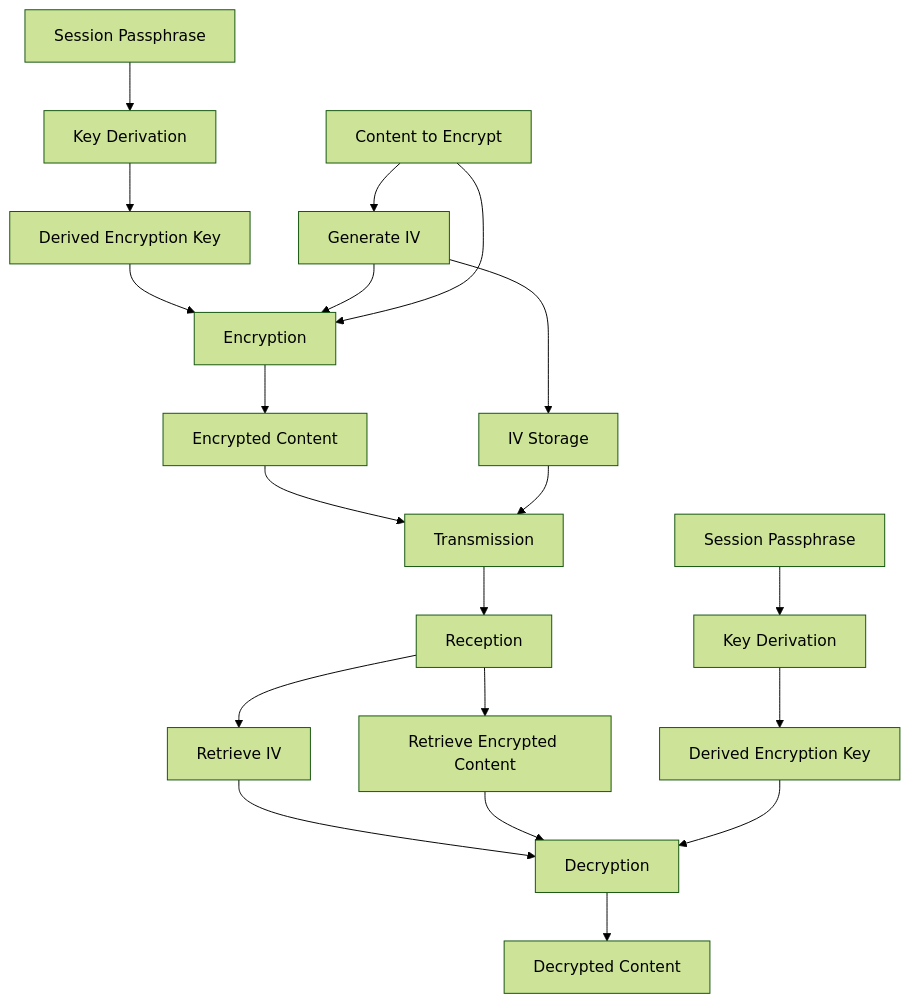
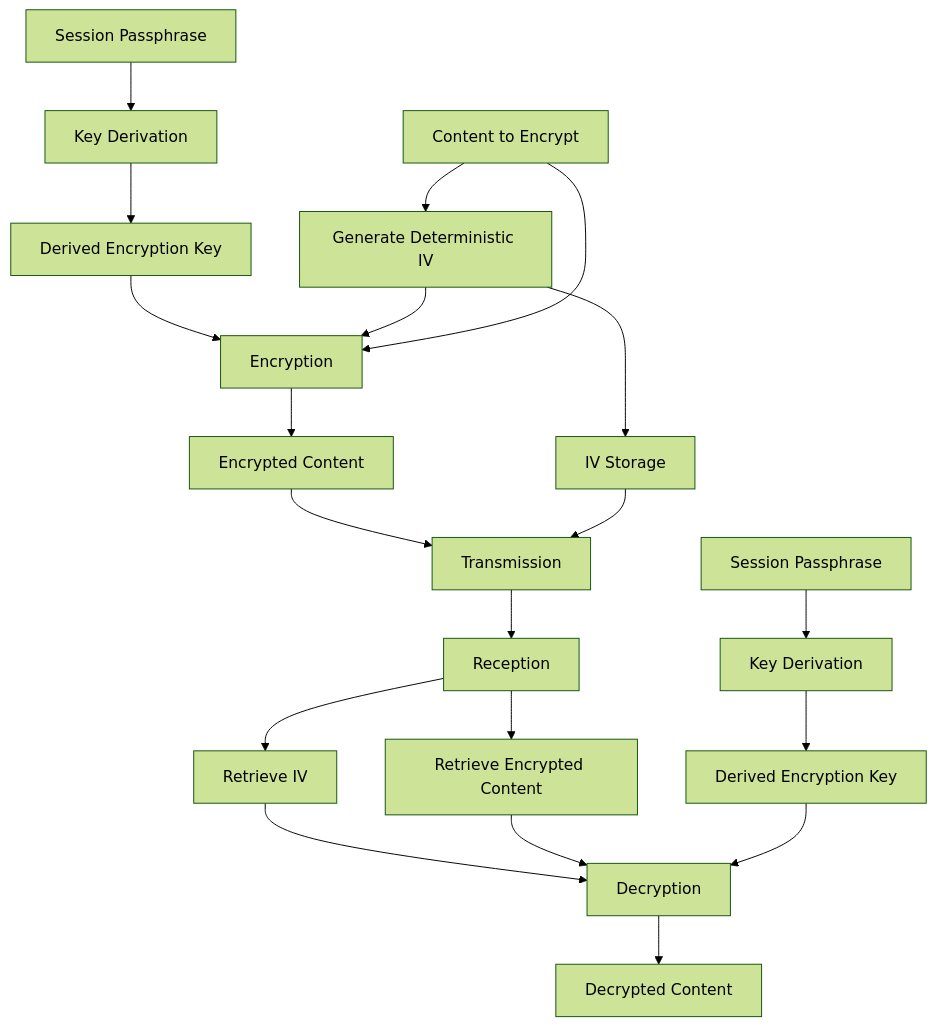
Before and after one commit to jsbattig/share-things: the diagram in memory-bank/technical/encryption.md, drawn with Mermaid (forest theme). The commit also changed other lines of this file and 7 other files, not shown here.

````diff
--- a/memory-bank/technical/encryption.md
+++ b/memory-bank/technical/encryption.md
@@ -11,30 +11,30 @@
 ```mermaid
 graph TD
     A[Session Passphrase] --> B[Key Derivation]
     B --> C[Derived Encryption Key]
     
-    D[Content to Encrypt] --> E[Generate IV]
+    D[Content to Encrypt] --> E[Generate Deterministic IV]
     C --> F[Encryption]
     E --> F
     D --> F
     
     F --> G[Encrypted Content]
     E --> H[IV Storage]
     
     G --> I[Transmission]
     H --> I
     
     I --> J[Reception]
     
     J --> K[Retrieve IV]
     J --> L[Retrieve Encrypted Content]
     
     M[Session Passphrase] --> N[Key Derivation]
     N --> O[Derived Encryption Key]
     
     K --> P[Decryption]
     L --> P
     O --> P
     
     P --> Q[Decrypted Content]
 ```
````
